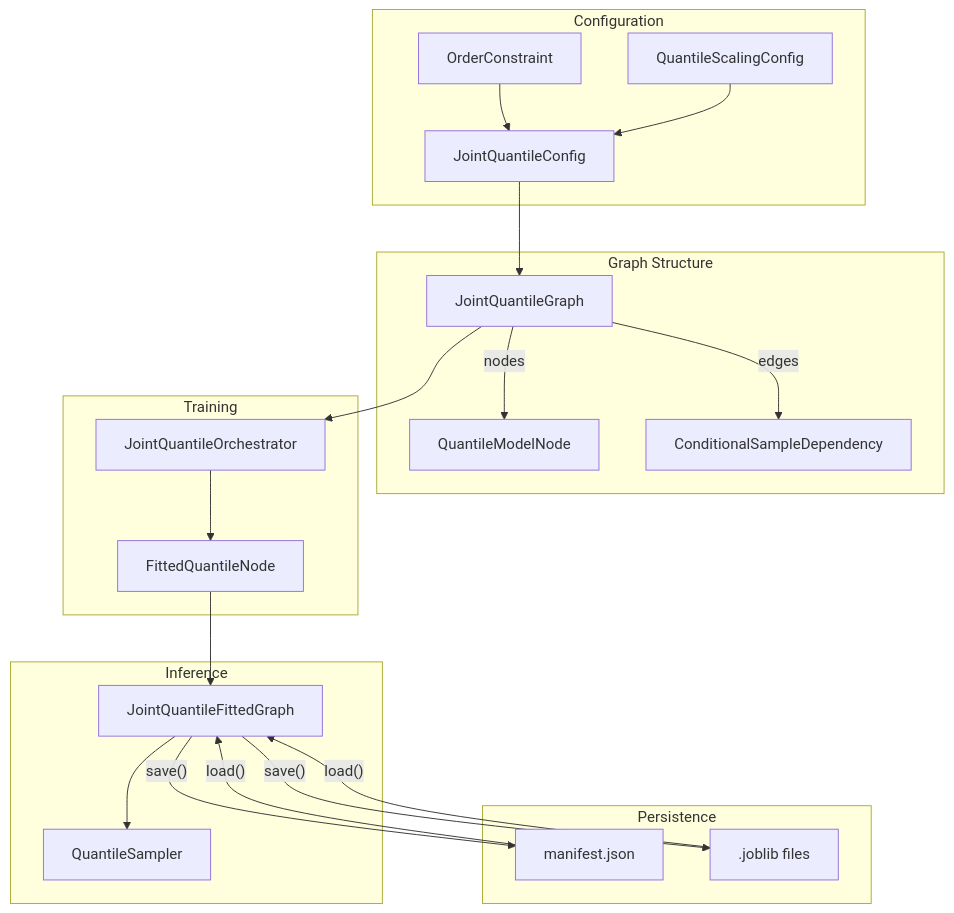
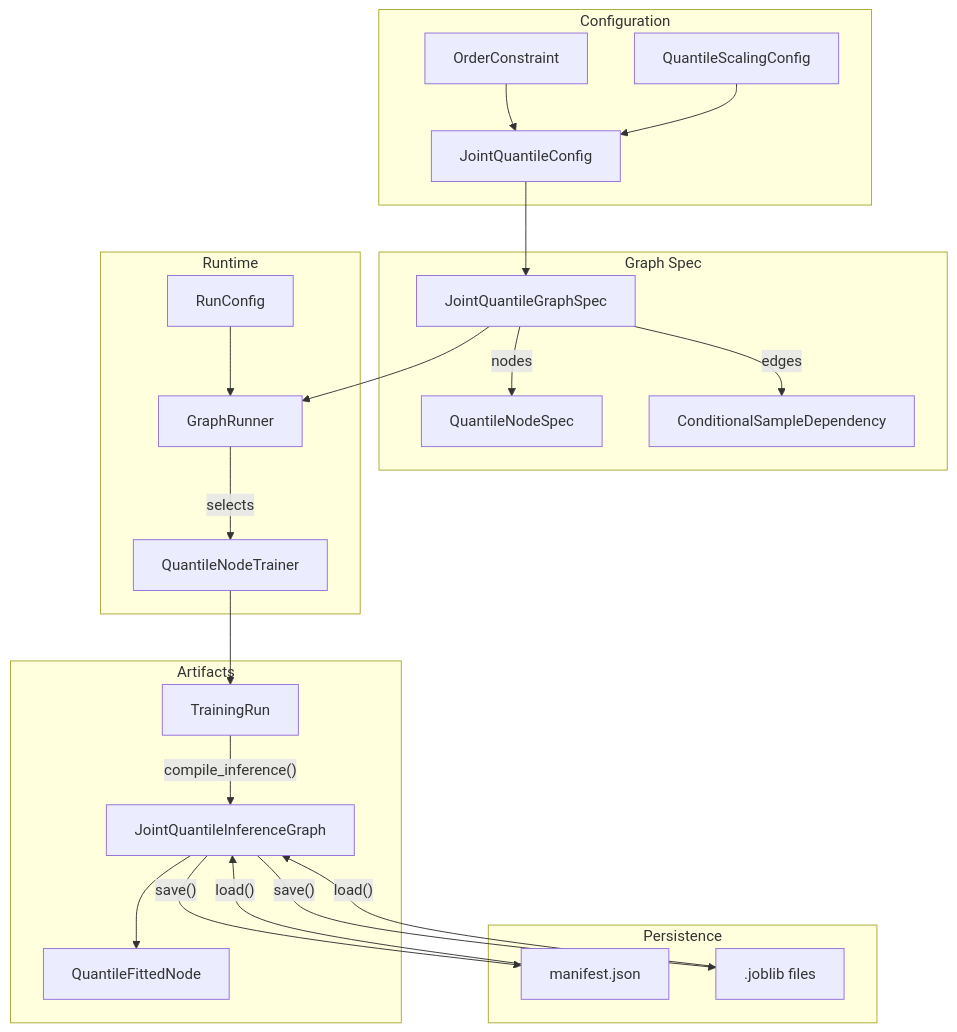
One commit to caldred/auto-sklearn changed the third of 7 diagrams in docs/joint-quantile-regression.md. Above: the diagram before and after it, drawn with Mermaid. The commit also changed other lines of this file and 123 other files, not shown here.

````diff
--- a/docs/joint-quantile-regression.md
+++ b/docs/joint-quantile-regression.md
@@ -91,43 +91,47 @@
 ```mermaid
 graph TB
     subgraph "Configuration"
         JQC[JointQuantileConfig]
         OC[OrderConstraint]
         QSC[QuantileScalingConfig]
     end
 
-    subgraph "Graph Structure"
-        JQG[JointQuantileGraph]
-        QMN[QuantileModelNode]
+    subgraph "Graph Spec"
+        JQG[JointQuantileGraphSpec]
+        QNS[QuantileNodeSpec]
         CSD[ConditionalSampleDependency]
     end
 
-    subgraph "Training"
-        JQO[JointQuantileOrchestrator]
-        FQN[FittedQuantileNode]
+    subgraph "Runtime"
+        RC[RunConfig]
+        GR[GraphRunner]
+        QNT[QuantileNodeTrainer]
     end
 
-    subgraph "Inference"
-        JQFG[JointQuantileFittedGraph]
-        QS[QuantileSampler]
+    subgraph "Artifacts"
+        TR[TrainingRun]
+        JQIG[JointQuantileInferenceGraph]
+        QFN[QuantileFittedNode]
     end
 
     subgraph "Persistence"
         MF[manifest.json]
         JL[.joblib files]
     end
 
     JQC --> JQG
     OC --> JQC
     QSC --> JQC
-    JQG --> |"nodes"| QMN
+    JQG --> |"nodes"| QNS
     JQG --> |"edges"| CSD
-    JQG --> JQO
-    JQO --> FQN
-    FQN --> JQFG
-    JQFG --> QS
-    JQFG --> |"save()"| MF
-    JQFG --> |"save()"| JL
-    MF --> |"load()"| JQFG
-    JL --> |"load()"| JQFG
+    JQG --> GR
+    RC --> GR
+    GR --> |"selects"| QNT
+    QNT --> TR
+    TR --> |"compile_inference()"| JQIG
+    JQIG --> QFN
+    JQIG --> |"save()"| MF
+    JQIG --> |"save()"| JL
+    MF --> |"load()"| JQIG
+    JL --> |"load()"| JQIG
 ```
````
